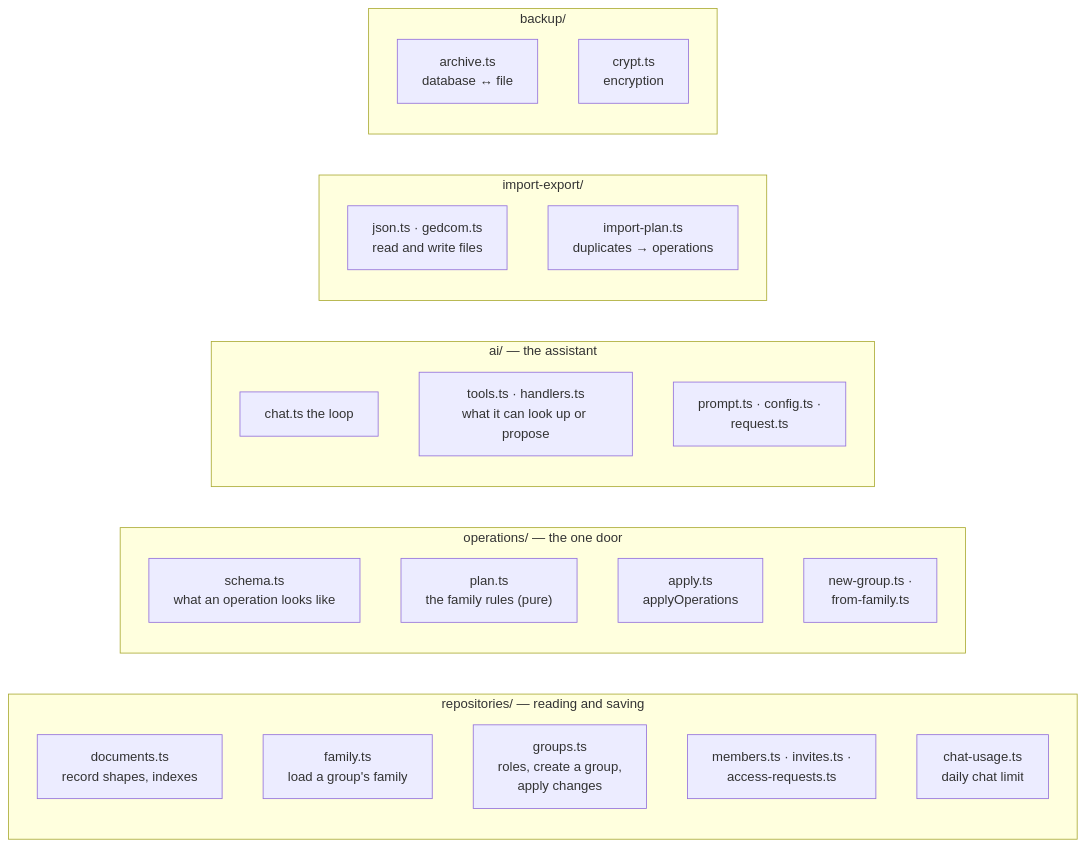
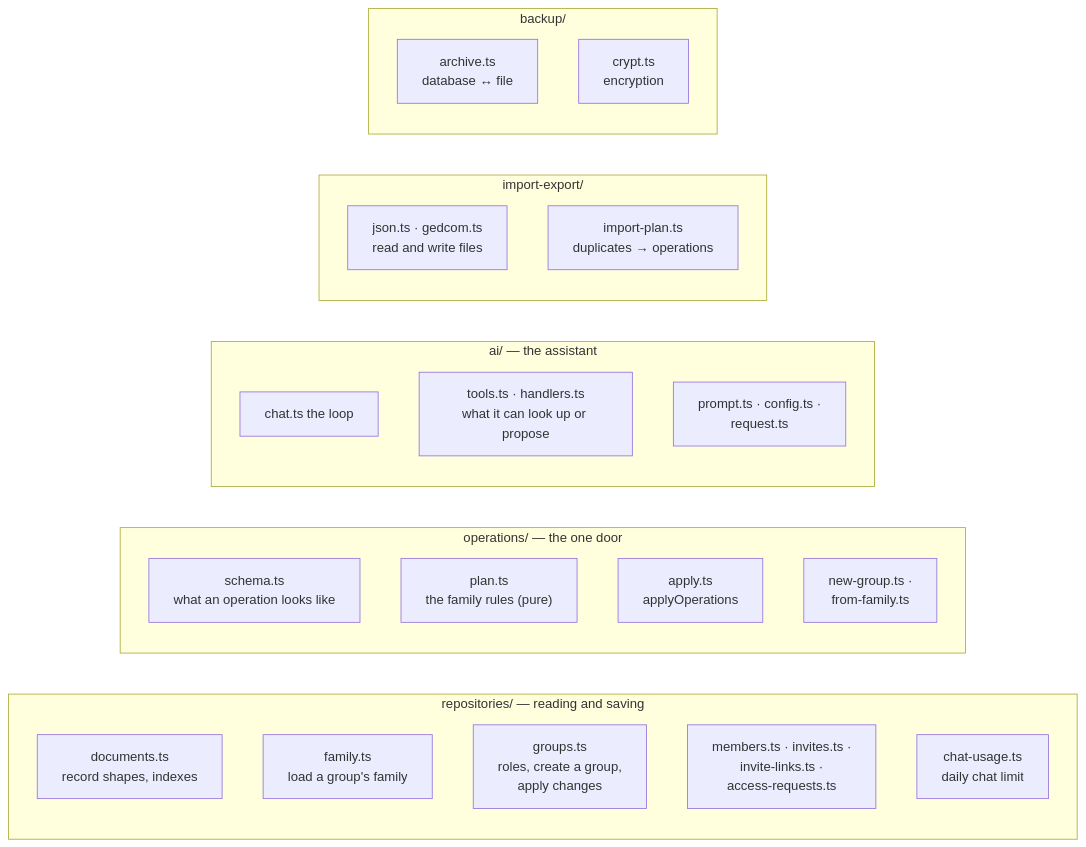
Diagram 13 of 21 in docs/PROJECT_GUIDE.md (harikiranvusirikala/Family-Tree-with-AI), drawn with Mermaid before and after one commit. The commit also changed other lines of this file and 26 other files, not shown here.

First line of the commit message:
Invite links for the whole family (owner request)

````diff
--- a/docs/PROJECT_GUIDE.md
+++ b/docs/PROJECT_GUIDE.md
@@ -554,29 +557,29 @@
 ```mermaid
 flowchart LR
     subgraph repositories["repositories/ — reading and saving"]
         r1["documents.ts<br/>record shapes, indexes"]
         r2["family.ts<br/>load a group's family"]
         r3["groups.ts<br/>roles, create a group,<br/>apply changes"]
-        r4["members.ts · invites.ts ·<br/>access-requests.ts"]
+        r4["members.ts · invites.ts ·<br/>invite-links.ts ·<br/>access-requests.ts"]
         r5["chat-usage.ts<br/>daily chat limit"]
     end
     subgraph operations["operations/ — the one door"]
         o1["schema.ts<br/>what an operation looks like"]
         o2["plan.ts<br/>the family rules (pure)"]
         o3["apply.ts<br/>applyOperations"]
         o4["new-group.ts ·<br/>from-family.ts"]
     end
     subgraph ai["ai/ — the assistant"]
         a1["chat.ts the loop"]
         a2["tools.ts · handlers.ts<br/>what it can look up or propose"]
         a3["prompt.ts · config.ts ·<br/>request.ts"]
     end
     subgraph ie["import-export/"]
         i1["json.ts · gedcom.ts<br/>read and write files"]
         i2["import-plan.ts<br/>duplicates → operations"]
     end
     subgraph backup["backup/"]
         b1["archive.ts<br/>database ↔ file"]
         b2["crypt.ts<br/>encryption"]
     end
 ```
````
